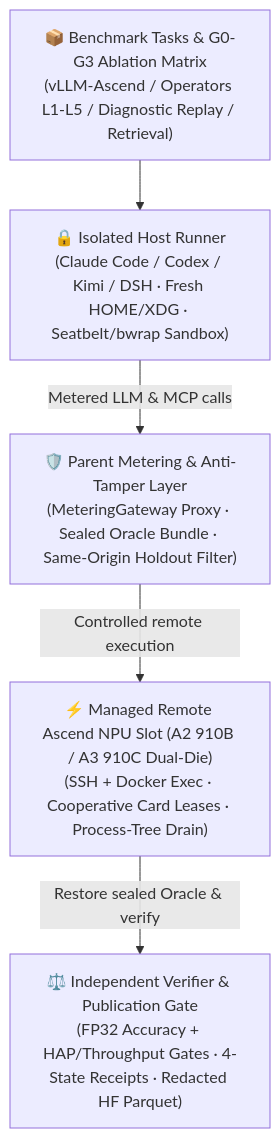
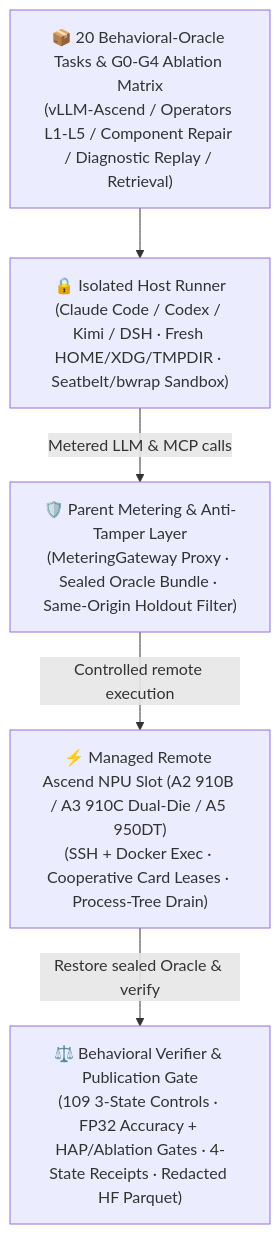
One commit to mindie-agent/mindie-bench changed the diagram in README.en.md. Above: the diagram before and after it, drawn with Mermaid. The commit also changed other lines of this file and 6 other files, not shown here.

````diff
--- a/README.en.md
+++ b/README.en.md
@@ -35,13 +36,13 @@
 ```mermaid
 flowchart TB
-    Task["📦 Benchmark Tasks & G0-G3 Ablation Matrix<br/>(vLLM-Ascend / Operators L1-L5 / Diagnostic Replay / Retrieval)"]
-    Sandbox["🔒 Isolated Host Runner<br/>(Claude Code / Codex / Kimi / DSH · Fresh HOME/XDG · Seatbelt/bwrap Sandbox)"]
+    Task["📦 20 Behavioral-Oracle Tasks & G0-G4 Ablation Matrix<br/>(vLLM-Ascend / Operators L1-L5 / Component Repair / Diagnostic Replay / Retrieval)"]
+    Sandbox["🔒 Isolated Host Runner<br/>(Claude Code / Codex / Kimi / DSH · Fresh HOME/XDG/TMPDIR · Seatbelt/bwrap Sandbox)"]
     Broker["🛡️ Parent Metering & Anti-Tamper Layer<br/>(MeteringGateway Proxy · Sealed Oracle Bundle · Same-Origin Holdout Filter)"]
-    Slot["⚡ Managed Remote Ascend NPU Slot (A2 910B / A3 910C Dual-Die)<br/>(SSH + Docker Exec · Cooperative Card Leases · Process-Tree Drain)"]
-    Gate["⚖️ Independent Verifier & Publication Gate<br/>(FP32 Accuracy + HAP/Throughput Gates · 4-State Receipts · Redacted HF Parquet)"]
+    Slot["⚡ Managed Remote Ascend NPU Slot (A2 910B / A3 910C Dual-Die / A5 950DT)<br/>(SSH + Docker Exec · Cooperative Card Leases · Process-Tree Drain)"]
+    Gate["⚖️ Behavioral Verifier & Publication Gate<br/>(109 3-State Controls · FP32 Accuracy + HAP/Ablation Gates · 4-State Receipts · Redacted HF Parquet)"]
 
     Task --> Sandbox
     Sandbox -->|"Metered LLM & MCP calls"| Broker
     Broker -->|"Controlled remote execution"| Slot
     Slot -->|"Restore sealed Oracle & verify"| Gate
 ```
````
